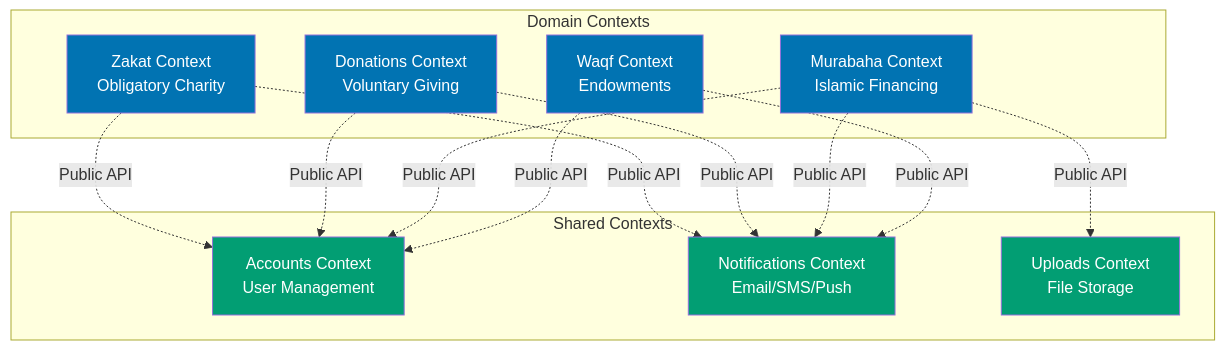
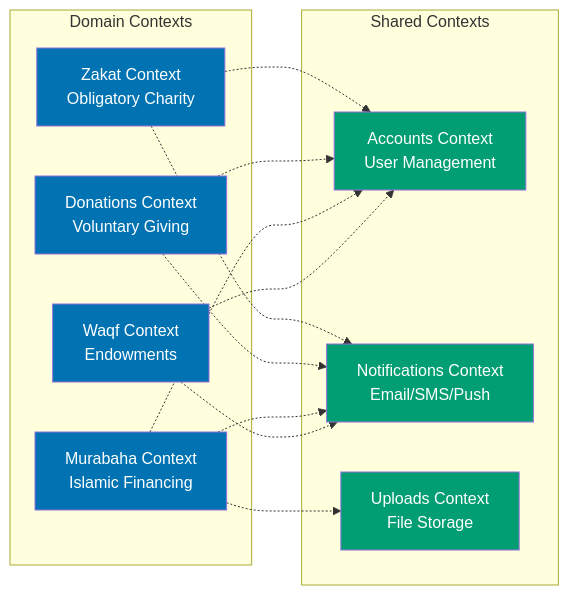
Before and after one commit to wahidyankf/open-sharia-enterprise: the first of 2 diagrams in docs/explanation/software-engineering/platform-web/tools/elixir-phoenix/contexts.md, drawn with Mermaid. The commit also changed 16 other files, not shown here.

First line of the commit message:
fix(docs): fix mermaid violations in elixir docs

````diff
--- a/docs/explanation/software-engineering/platform-web/tools/elixir-phoenix/contexts.md
+++ b/docs/explanation/software-engineering/platform-web/tools/elixir-phoenix/contexts.md
@@ -1164,36 +1164,36 @@
 ```mermaid
 %% Color Palette: Blue #0173B2, Orange #DE8F05, Teal #029E73, Purple #CC78BC, Brown #CA9161
 %% All colors are color-blind friendly and meet WCAG AA contrast standards
 
-graph TD
+graph LR
     subgraph "Domain Contexts"
         Zakat[Zakat Context<br/>Obligatory Charity]
         Donations[Donations Context<br/>Voluntary Giving]
         Murabaha[Murabaha Context<br/>Islamic Financing]
         Waqf[Waqf Context<br/>Endowments]
     end
 
     subgraph "Shared Contexts"
         Accounts[Accounts Context<br/>User Management]
         Notifications[Notifications Context<br/>Email/SMS/Push]
         Uploads[Uploads Context<br/>File Storage]
     end
 
-    Zakat -.->|Public API| Accounts
-    Zakat -.->|Public API| Notifications
-    Donations -.->|Public API| Accounts
-    Donations -.->|Public API| Notifications
-    Murabaha -.->|Public API| Accounts
-    Murabaha -.->|Public API| Notifications
-    Murabaha -.->|Public API| Uploads
-    Waqf -.->|Public API| Accounts
-    Waqf -.->|Public API| Notifications
+    Zakat -.-> Accounts
+    Zakat -.-> Notifications
+    Donations -.-> Accounts
+    Donations -.-> Notifications
+    Murabaha -.-> Accounts
+    Murabaha -.-> Notifications
+    Murabaha -.-> Uploads
+    Waqf -.-> Accounts
+    Waqf -.-> Notifications
 
     style Zakat fill:#0173B2,color:#fff
     style Donations fill:#0173B2,color:#fff
     style Murabaha fill:#0173B2,color:#fff
     style Waqf fill:#0173B2,color:#fff
     style Accounts fill:#029E73,color:#fff
     style Notifications fill:#029E73,color:#fff
     style Uploads fill:#029E73,color:#fff
 ```
````
